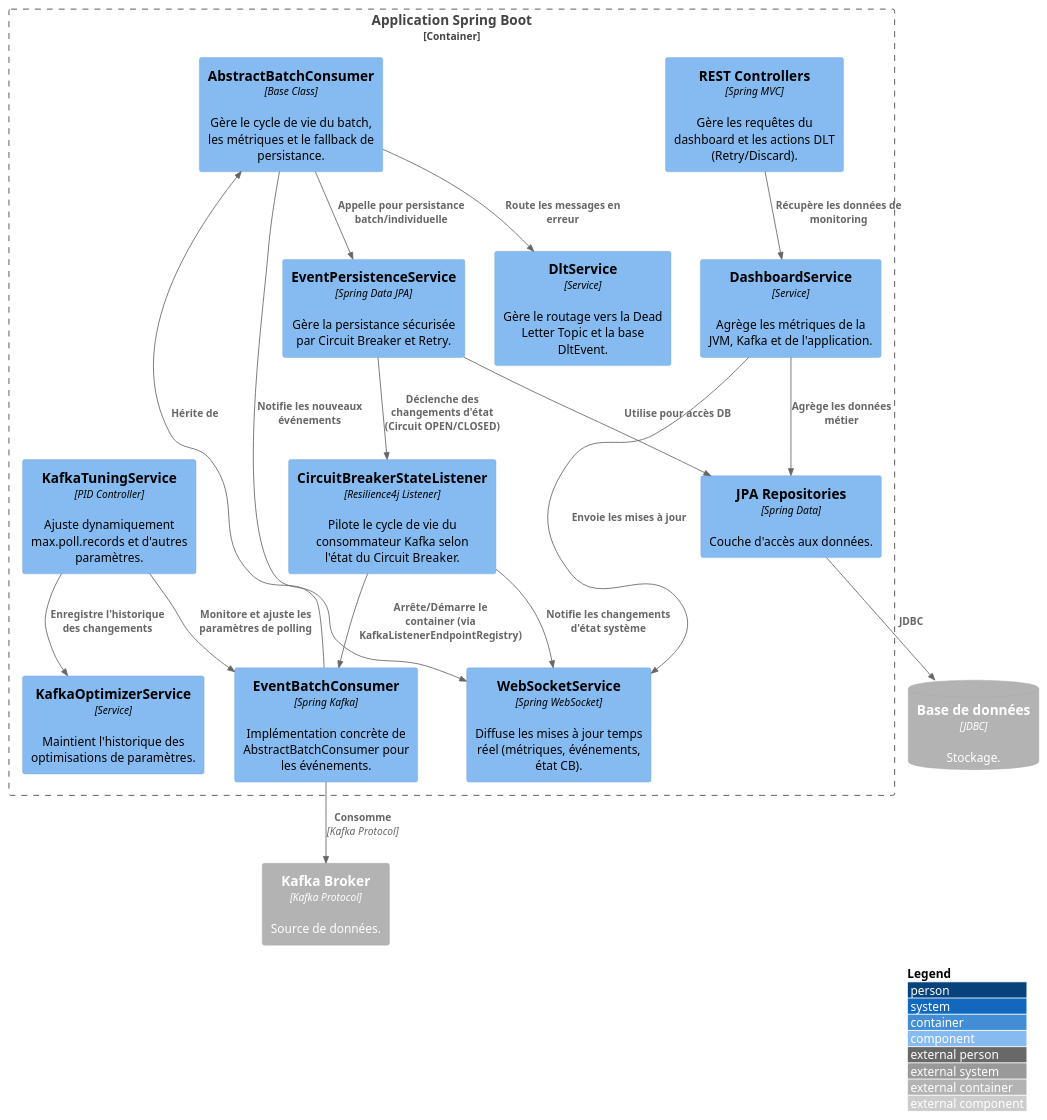
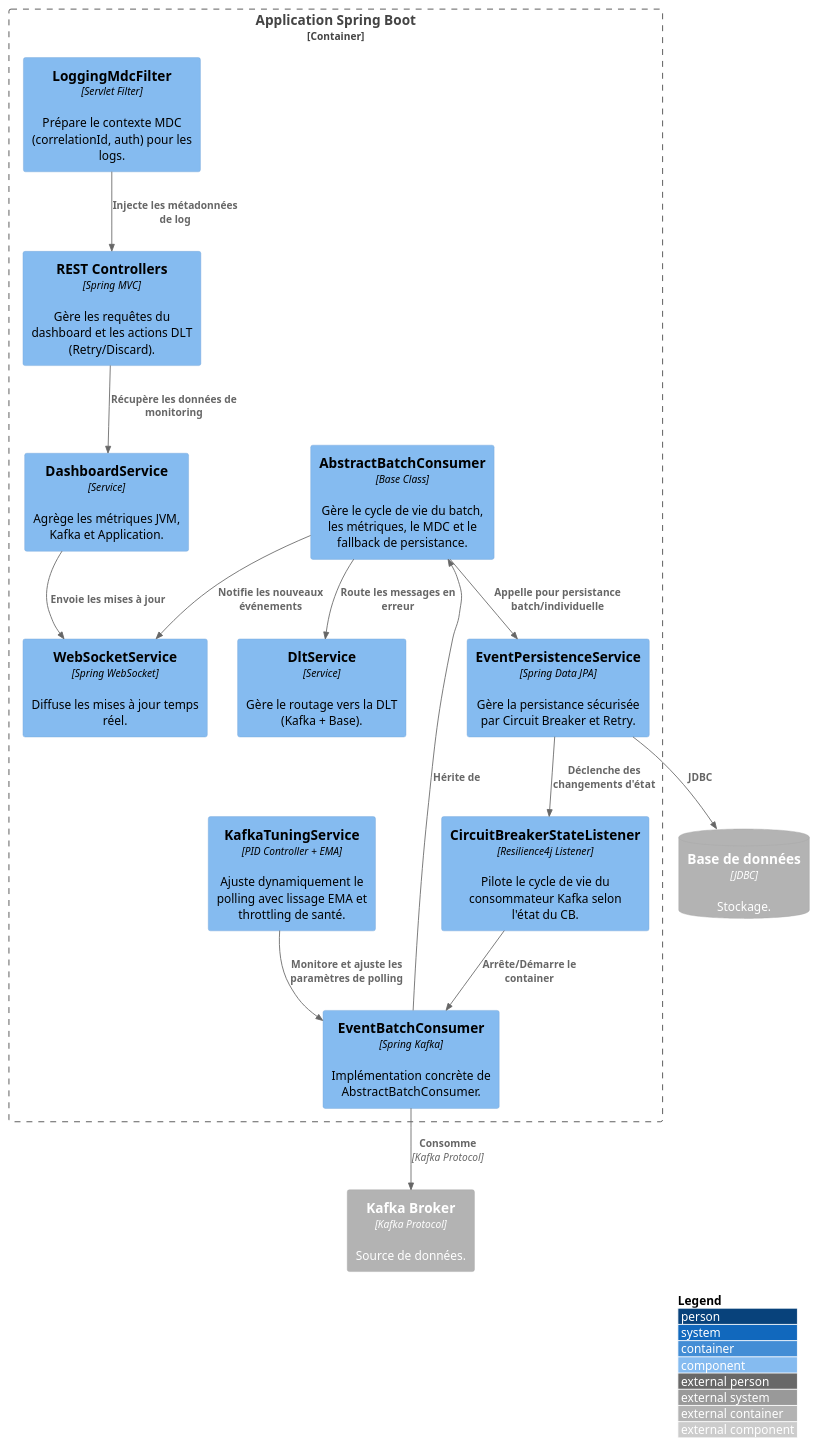
Before and after one commit to devdownin/kafkaconsumerautotune: the third of 3 diagrams in docs/c4-models.md, drawn with PlantUML. The commit also changed other lines of this file and 2 other files, not shown here.

````diff
--- a/docs/c4-models.md
+++ b/docs/c4-models.md
@@ -64,43 +81,39 @@
 ```puml
 @startuml C4_Components
 !include https://raw.githubusercontent.com/plantuml-stdlib/C4-PlantUML/master/C4_Component.puml
 
 LAYOUT_WITH_LEGEND()
 
 Container_Boundary(app, "Application Spring Boot") {
     Component(controllers, "REST Controllers", "Spring MVC", "Gère les requêtes du dashboard et les actions DLT (Retry/Discard).")
-    Component(batchConsumer, "EventBatchConsumer", "Spring Kafka", "Implémentation concrète de AbstractBatchConsumer pour les événements.")
-    Component(abstractConsumer, "AbstractBatchConsumer", "Base Class", "Gère le cycle de vie du batch, les métriques et le fallback de persistance.")
-    Component(tuningService, "KafkaTuningService", "PID Controller", "Ajuste dynamiquement max.poll.records et d'autres paramètres.")
+    Component(batchConsumer, "EventBatchConsumer", "Spring Kafka", "Implémentation concrète de AbstractBatchConsumer.")
+    Component(abstractConsumer, "AbstractBatchConsumer", "Base Class", "Gère le cycle de vie du batch, les métriques, le MDC et le fallback de persistance.")
+    Component(tuningService, "KafkaTuningService", "PID Controller + EMA", "Ajuste dynamiquement le polling avec lissage EMA et throttling de santé.")
     Component(persistenceService, "EventPersistenceService", "Spring Data JPA", "Gère la persistance sécurisée par Circuit Breaker et Retry.")
-    Component(cbStateListener, "CircuitBreakerStateListener", "Resilience4j Listener", "Pilote le cycle de vie du consommateur Kafka selon l'état du Circuit Breaker.")
-    Component(dltService, "DltService", "Service", "Gère le routage vers la Dead Letter Topic et la base DltEvent.")
-    Component(optimizerService, "KafkaOptimizerService", "Service", "Maintient l'historique des optimisations de paramètres.")
-    Component(dashboardService, "DashboardService", "Service", "Agrège les métriques de la JVM, Kafka et de l'application.")
-    Component(wsService, "WebSocketService", "Spring WebSocket", "Diffuse les mises à jour temps réel (métriques, événements, état CB).")
-    Component(repos, "JPA Repositories", "Spring Data", "Couche d'accès aux données.")
+    Component(cbStateListener, "CircuitBreakerStateListener", "Resilience4j Listener", "Pilote le cycle de vie du consommateur Kafka selon l'état du CB.")
+    Component(dltService, "DltService", "Service", "Gère le routage vers la DLT (Kafka + Base).")
+    Component(dashboardService, "DashboardService", "Service", "Agrège les métriques JVM, Kafka et Application.")
+    Component(wsService, "WebSocketService", "Spring WebSocket", "Diffuse les mises à jour temps réel.")
+    Component(mdcFilter, "LoggingMdcFilter", "Servlet Filter", "Prépare le contexte MDC (correlationId, auth) pour les logs.")
 }
 
 ContainerDb_Ext(database, "Base de données", "JDBC", "Stockage.")
 Container_Ext(kafka, "Kafka Broker", "Kafka Protocol", "Source de données.")
 
 Rel(batchConsumer, abstractConsumer, "Hérite de")
 Rel(abstractConsumer, persistenceService, "Appelle pour persistance batch/individuelle")
 Rel(abstractConsumer, dltService, "Route les messages en erreur")
-Rel(persistenceService, repos, "Utilise pour accès DB")
-Rel(repos, database, "JDBC")
+Rel(persistenceService, database, "JDBC")
 
 Rel(tuningService, batchConsumer, "Monitore et ajuste les paramètres de polling")
-Rel(tuningService, optimizerService, "Enregistre l'historique des changements")
-Rel(cbStateListener, batchConsumer, "Arrête/Démarre le container (via KafkaListenerEndpointRegistry)")
-Rel(persistenceService, cbStateListener, "Déclenche des changements d'état (Circuit OPEN/CLOSED)")
+Rel(cbStateListener, batchConsumer, "Arrête/Démarre le container")
+Rel(persistenceService, cbStateListener, "Déclenche des changements d'état")
 
+Rel(mdcFilter, controllers, "Injecte les métadonnées de log")
 Rel(controllers, dashboardService, "Récupère les données de monitoring")
-Rel(dashboardService, repos, "Agrège les données métier")
 Rel(dashboardService, wsService, "Envoie les mises à jour")
 Rel(abstractConsumer, wsService, "Notifie les nouveaux événements")
-Rel(cbStateListener, wsService, "Notifie les changements d'état système")
 
 Rel(batchConsumer, kafka, "Consomme", "Kafka Protocol")
 @enduml
 ```
````
